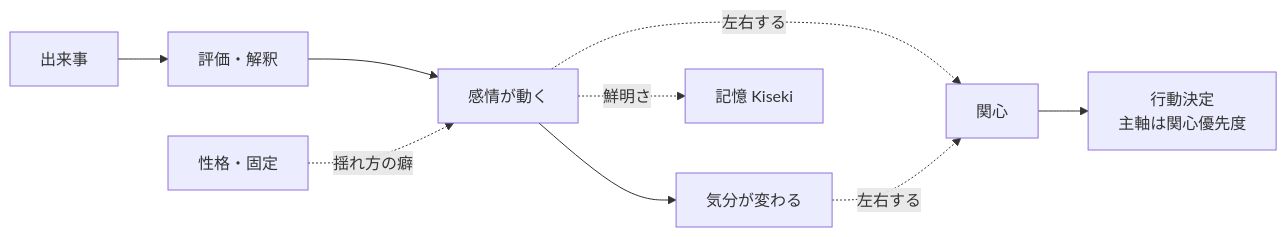
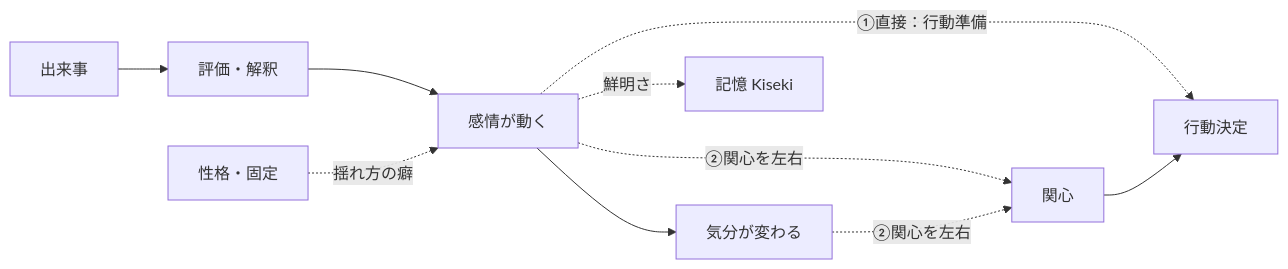
One commit to kizuna-org/akari changed the diagram in docs/02-emotion.md. Above: the diagram before and after it, drawn with Mermaid. The commit also changed other lines of this file and 11 other files, not shown here.

````diff
--- a/docs/02-emotion.md
+++ b/docs/02-emotion.md
@@ -101,11 +122,12 @@
 ```mermaid
 flowchart LR
     EV[出来事] --> AP[評価・解釈]
     AP --> EM[感情が動く]
     EM --> MO[気分が変わる]
-    EM -. 左右する .-> IN[関心]
-    MO -. 左右する .-> IN
+    EM -. ①直接：行動準備 .-> DEC[行動決定]
+    EM -. ②関心を左右 .-> IN[関心]
+    MO -. ②関心を左右 .-> IN
     EM -. 鮮明さ .-> ME[記憶 Kiseki]
-    IN --> DEC[行動決定<br/>主軸は関心優先度]
+    IN --> DEC
     PER[性格・固定] -. 揺れ方の癖 .-> EM
 ```
````
